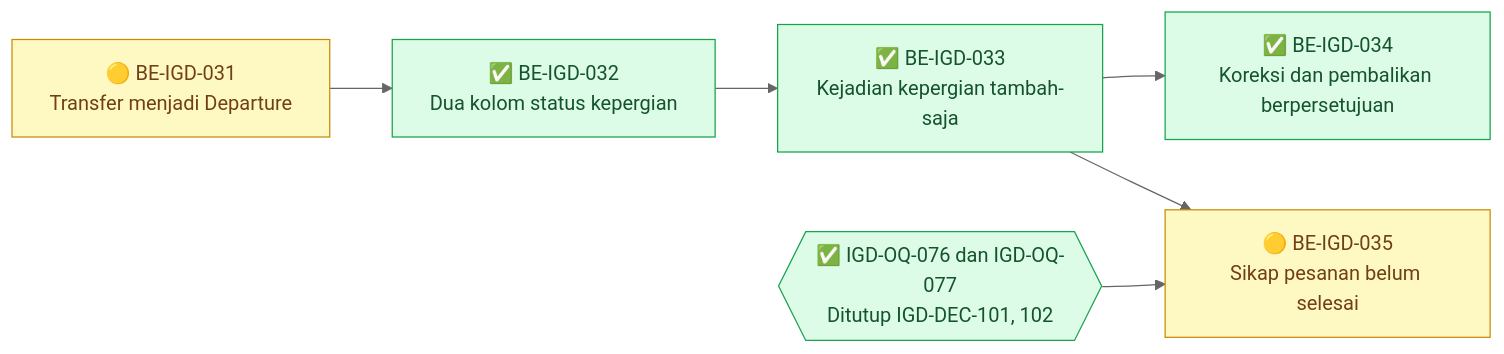
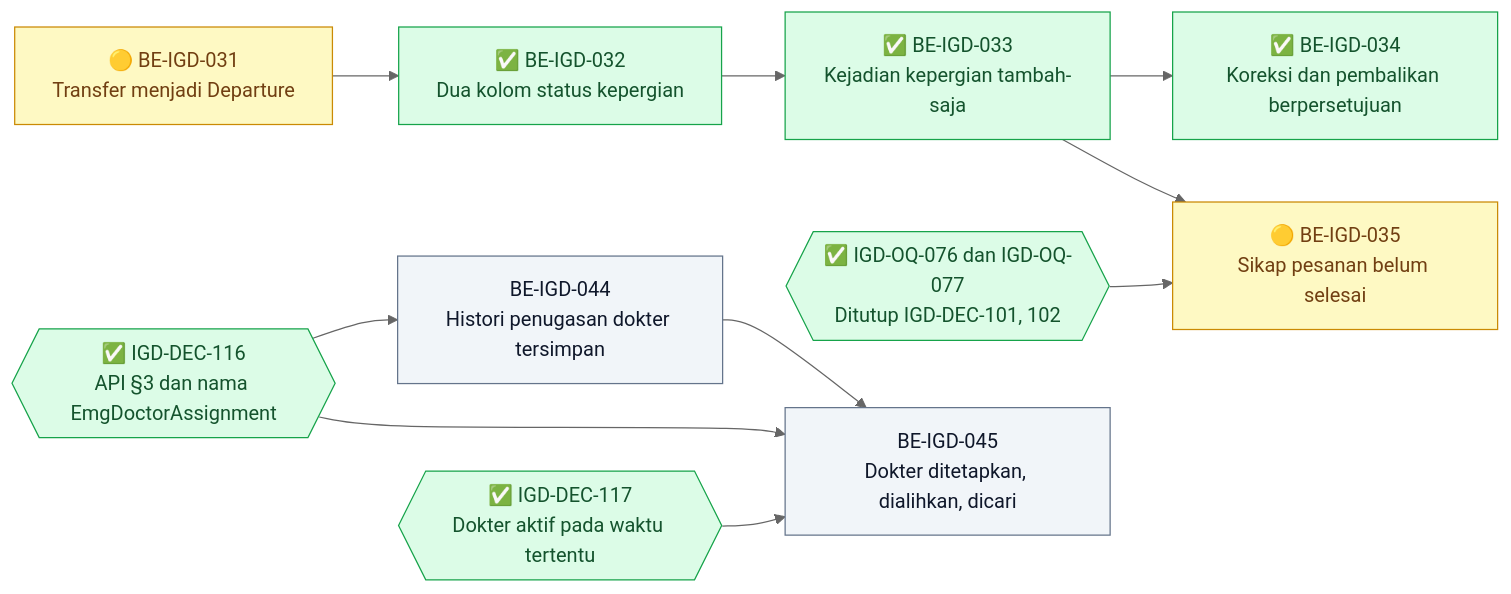
One commit to DevBenari/NewQuilvianSystemBackend changed the fifth of 7 diagrams in docs/module-blueprints/igd/roadmap/backend-roadmap.md. Above: the diagram before and after it, drawn with Mermaid (neutral theme). The commit also changed other lines of this file and 19 other files, not shown here.

````diff
--- a/docs/module-blueprints/igd/roadmap/backend-roadmap.md
+++ b/docs/module-blueprints/igd/roadmap/backend-roadmap.md
@@ -845,21 +865,29 @@
 ```mermaid
 flowchart LR
     classDef selesai fill:#DCFCE7,stroke:#16A34A,color:#14532D
     classDef sebagian fill:#FEF9C3,stroke:#CA8A04,color:#713F12
     classDef terblokir fill:#FEE2E2,stroke:#DC2626,color:#7F1D1D
     classDef belum fill:#F1F5F9,stroke:#64748B,color:#0F172A
     classDef luar fill:#EDE9FE,stroke:#7C3AED,color:#3B0764
 
     BEIGD031["🟡 BE-IGD-031<br/>Transfer menjadi Departure"]:::sebagian
     BEIGD032["✅ BE-IGD-032<br/>Dua kolom status kepergian"]:::selesai
     BEIGD033["✅ BE-IGD-033<br/>Kejadian kepergian tambah-saja"]:::selesai
     BEIGD034["✅ BE-IGD-034<br/>Koreksi dan pembalikan berpersetujuan"]:::selesai
     BEIGD035["🟡 BE-IGD-035<br/>Sikap pesanan belum selesai"]:::sebagian
     OQ076{{"✅ IGD-OQ-076 dan IGD-OQ-077<br/>Ditutup IGD-DEC-101, 102"}}:::selesai
+    BEIGD044["BE-IGD-044<br/>Histori penugasan dokter tersimpan"]:::belum
+    BEIGD045["BE-IGD-045<br/>Dokter ditetapkan, dialihkan, dicari"]:::belum
+    DEC116{{"✅ IGD-DEC-116<br/>API §3 dan nama EmgDoctorAssignment"}}:::selesai
+    DEC117{{"✅ IGD-DEC-117<br/>Dokter aktif pada waktu tertentu"}}:::selesai
 
     BEIGD031 --> BEIGD032
     BEIGD032 --> BEIGD033
     BEIGD033 --> BEIGD034
     BEIGD033 --> BEIGD035
     OQ076 --> BEIGD035
+    DEC116 --> BEIGD044
+    BEIGD044 --> BEIGD045
+    DEC116 --> BEIGD045
+    DEC117 --> BEIGD045
 ```
````
